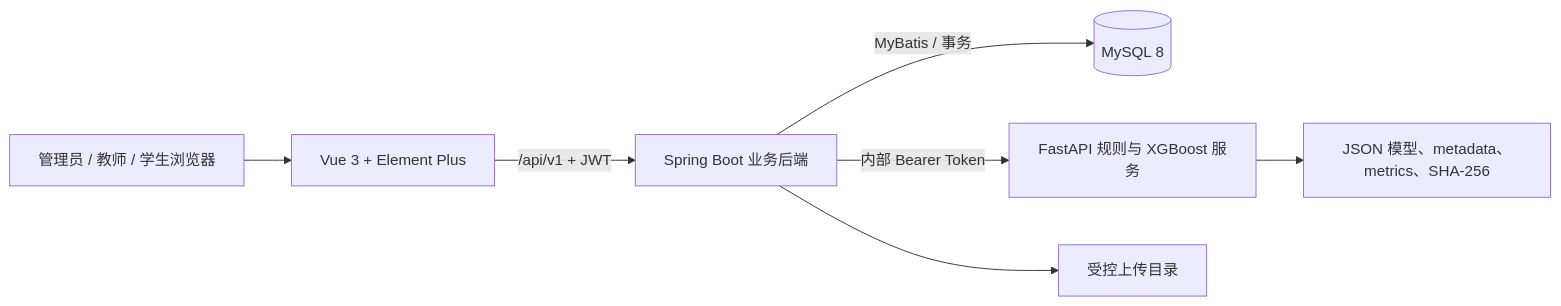
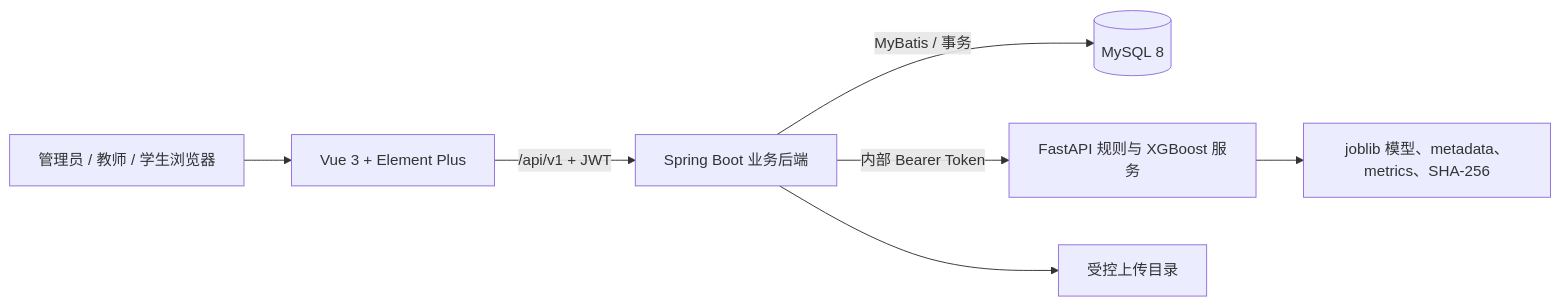
Before and after one commit to Anny-ZYF/pbl-demo: the first of 6 diagrams in docs/SYSTEM_DESIGN.md, drawn with Mermaid. The commit also changed other lines of this file and 420 other files, not shown here.

````diff
--- a/docs/SYSTEM_DESIGN.md
+++ b/docs/SYSTEM_DESIGN.md
@@ -44,9 +45,9 @@
 ```mermaid
 flowchart LR
     U["管理员 / 教师 / 学生浏览器"] --> V["Vue 3 + Element Plus"]
     V -->|"/api/v1 + JWT"| J["Spring Boot 业务后端"]
     J -->|"MyBatis / 事务"| M[("MySQL 8")]
     J -->|"内部 Bearer Token"| P["FastAPI 规则与 XGBoost 服务"]
     J --> F["受控上传目录"]
-    P --> A["JSON 模型、metadata、metrics、SHA-256"]
+    P --> A["joblib 模型、metadata、metrics、SHA-256"]
 ```
````
